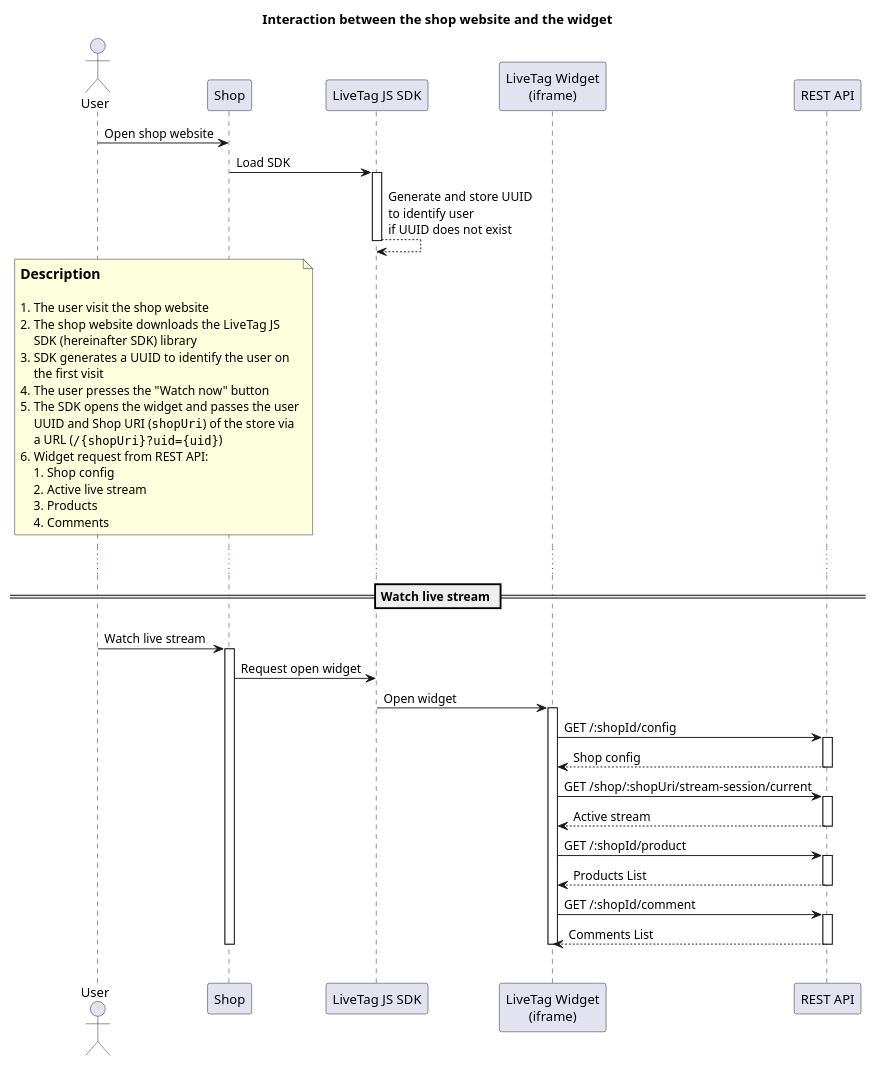
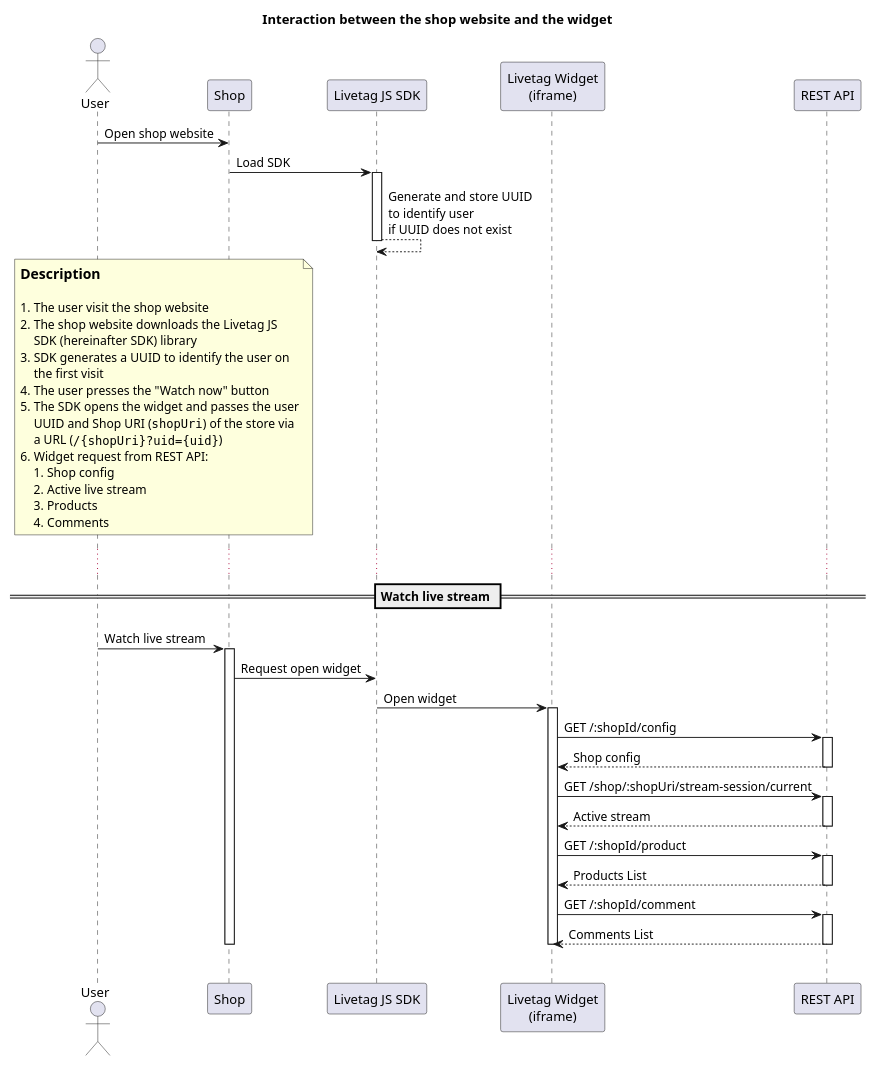
The diagram in shop-widget-communication.puml (LIVEtag/LIVETAG-JS-SDK), drawn with PlantUML before and after one commit. The commit also changed 10 other files, not shown here.

```diff
--- a/shop-widget-communication.puml
+++ b/shop-widget-communication.puml
@@ -1,71 +1,71 @@
 @startuml "Digramm"
 
 scale .97
 skinparam WrapWidth 300
 
 title Interaction between the shop website and the widget
 
 actor User
 participant Shop
-participant "LiveTag JS SDK" as SDK
-participant "LiveTag Widget\n(iframe)" as Widget
+participant "Livetag JS SDK" as SDK
+participant "Livetag Widget\n(iframe)" as Widget
 participant "REST API" as Api
 
 User -> Shop : Open shop website
 Shop -> SDK : Load SDK
 
 activate SDK
   SDK --> SDK : Generate and store UUID\nto identify user\nif UUID does not exist
 deactivate SDK
 
 note over User,Shop
 == Description
 
 # The user visit the shop website
-# The shop website downloads the LiveTag JS SDK (hereinafter SDK) library
+# The shop website downloads the Livetag JS SDK (hereinafter SDK) library
 # SDK generates a UUID to identify the user on the first visit
 # The user presses the "Watch now" button
 # The SDK opens the widget and passes the user UUID and Shop URI (""shopUri"") of the store via a URL (""/{shopUri}?uid={uid}"")
 # Widget request from REST API:
 ## Shop config
 ## Active live stream
 ## Products
 ## Comments
 end note
 
 ||10||
 
 ...
 
 == Watch live stream ==
 
 ||10||
 
 User -> Shop : Watch live stream
 activate Shop
   Shop -> SDK : Request open widget
   SDK -> Widget : Open widget
 
   activate Widget
 
     Widget -> Api : GET /:shopId/config
       activate Api
       return Shop config
 
     Widget -> Api : GET /shop/:shopUri/stream-session/current
     activate Api
     return Active stream
 
     Widget -> Api : GET /:shopId/product
     activate Api
     return Products List
 
     Widget -> Api : GET /:shopId/comment
     activate Api
     return Comments List
   deactivate Widget
 deactivate Shop
 
 |||
 
 @enduml
```
